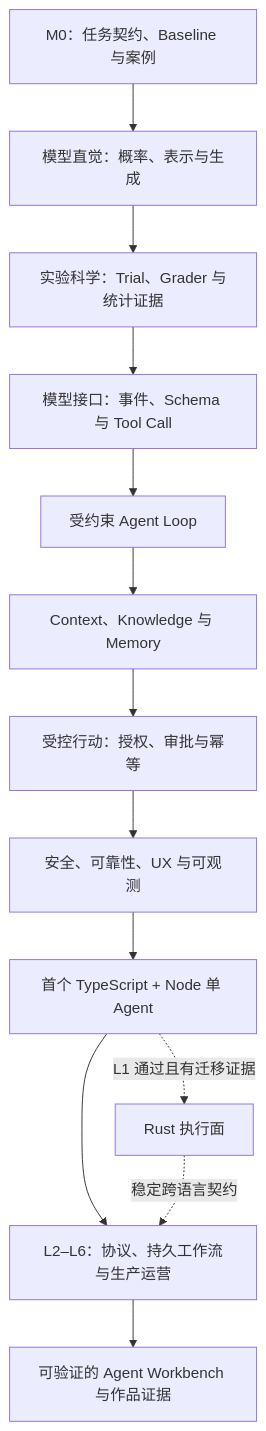
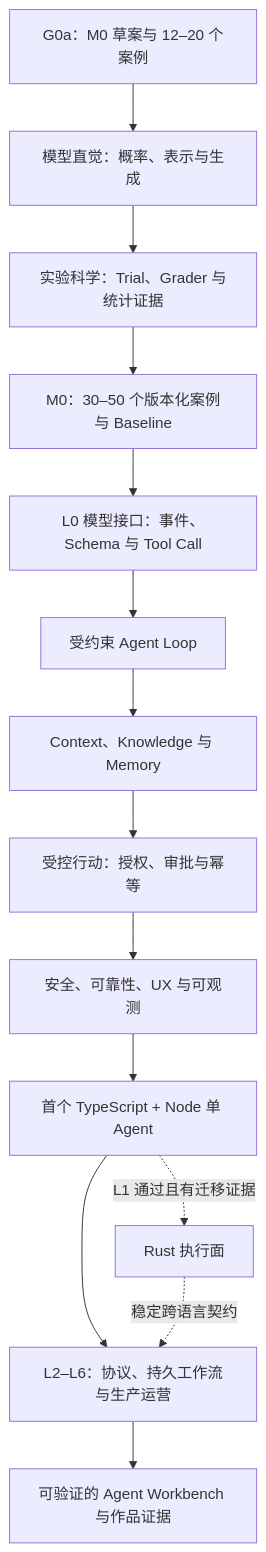
The diagram in site/index.md (whatthehan/masterpiece-static-docs), drawn with Mermaid before and after one commit. The commit also changed other lines of this file and 95 other files, not shown here.

````diff
--- a/site/index.md
+++ b/site/index.md
@@ -69,15 +69,16 @@
 ```mermaid
 flowchart TD
-    M0["M0：任务契约、Baseline 与案例"] --> MODEL["模型直觉：概率、表示与生成"]
+    G0A["G0a：M0 草案与 12–20 个案例"] --> MODEL["模型直觉：概率、表示与生成"]
     MODEL --> EVAL["实验科学：Trial、Grader 与统计证据"]
-    EVAL --> API["模型接口：事件、Schema 与 Tool Call"]
+    EVAL --> M0["M0：30–50 个版本化案例与 Baseline"]
+    M0 --> API["L0 模型接口：事件、Schema 与 Tool Call"]
     API --> LOOP["受约束 Agent Loop"]
     LOOP --> CONTEXT["Context、Knowledge 与 Memory"]
     CONTEXT --> ACTION["受控行动：授权、审批与幂等"]
     ACTION --> PROD["安全、可靠性、UX 与可观测"]
     PROD --> L1["首个 TypeScript + Node 单 Agent"]
     L1 --> EVOLVE["L2–L6：协议、持久工作流与生产运营"]
     L1 -. "L1 通过且有迁移证据" .-> RUST["Rust 执行面"]
     EVOLVE --> PORTFOLIO["可验证的 Agent Workbench 与作品证据"]
     RUST -. "稳定跨语言契约" .-> EVOLVE
 ```
````
